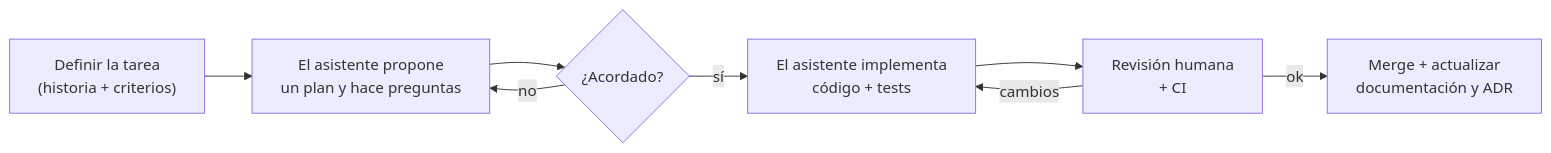
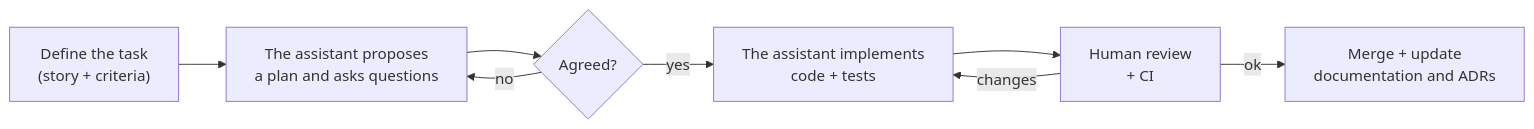
Before and after one commit to paulaciano/streamstories: the diagram in docs/08-ai-assisted-development.md, drawn with Mermaid. The commit also changed other lines of this file and 26 other files, not shown here.

````diff
--- a/docs/08-ai-assisted-development.md
+++ b/docs/08-ai-assisted-development.md
@@ -15,10 +15,10 @@
 ```mermaid
 flowchart LR
-    A["Definir la tarea<br/>(historia + criterios)"] --> B["El asistente propone<br/>un plan y hace preguntas"]
-    B --> C{"¿Acordado?"}
+    A["Define the task<br/>(story + criteria)"] --> B["The assistant proposes<br/>a plan and asks questions"]
+    B --> C{"Agreed?"}
     C -- no --> B
-    C -- sí --> D["El asistente implementa<br/>código + tests"]
-    D --> E["Revisión humana<br/>+ CI"]
-    E -- cambios --> D
-    E -- ok --> F["Merge + actualizar<br/>documentación y ADR"]
+    C -- yes --> D["The assistant implements<br/>code + tests"]
+    D --> E["Human review<br/>+ CI"]
+    E -- changes --> D
+    E -- ok --> F["Merge + update<br/>documentation and ADRs"]
 ```
````
